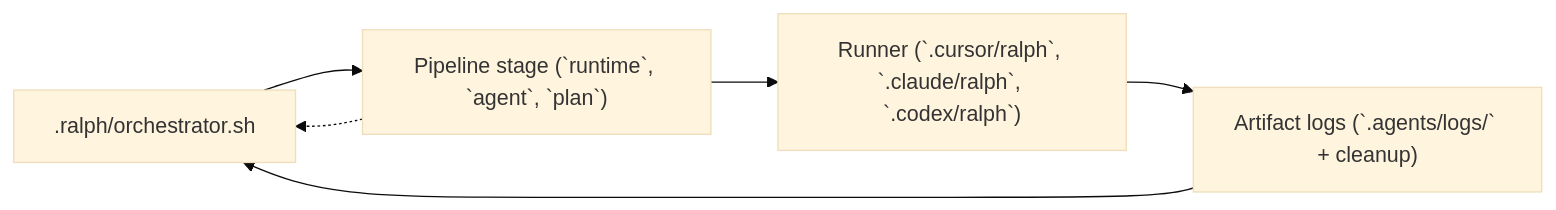
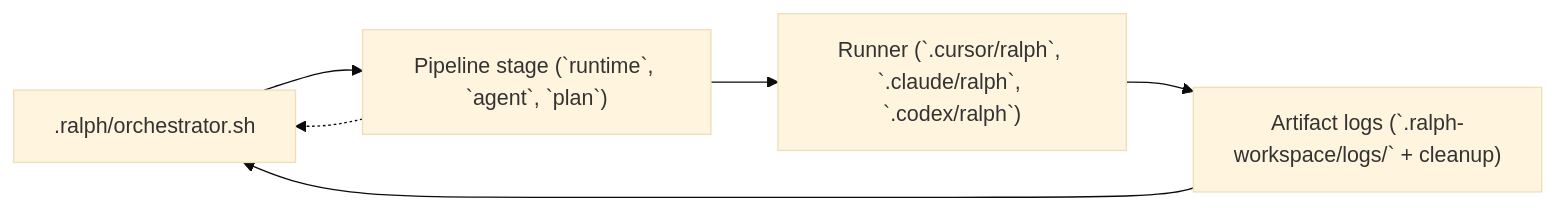
Before and after one commit to JoshJancula/ralph: the diagram in bundle/.ralph/docs/AGENT-WORKFLOW.md, drawn with Mermaid (base theme). The commit also changed other lines of this file and 68 other files, not shown here.

Commit message:
chore: shift to ralph workspace from agents

````diff
--- a/bundle/.ralph/docs/AGENT-WORKFLOW.md
+++ b/bundle/.ralph/docs/AGENT-WORKFLOW.md
@@ -23,12 +23,12 @@
 ```mermaid
 flowchart LR
     orchestrator["`.ralph/orchestrator.sh`"]
     stage["Pipeline stage (`runtime`, `agent`, `plan`)"]
     runner["Runner (`.cursor/ralph`, `.claude/ralph`, `.codex/ralph`)"]
-    logs["Artifact logs (`.agents/logs/<namespace>` + cleanup)"]
+    logs["Artifact logs (`.ralph-workspace/logs/<namespace>` + cleanup)"]
     orchestrator --> stage
     stage --> runner
     runner --> logs
     logs --> orchestrator
     stage -.-> orchestrator
 ```
````
